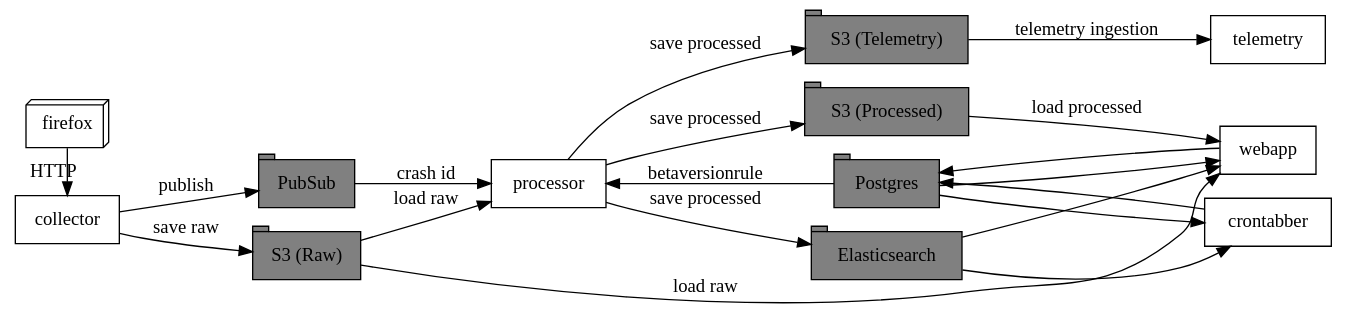
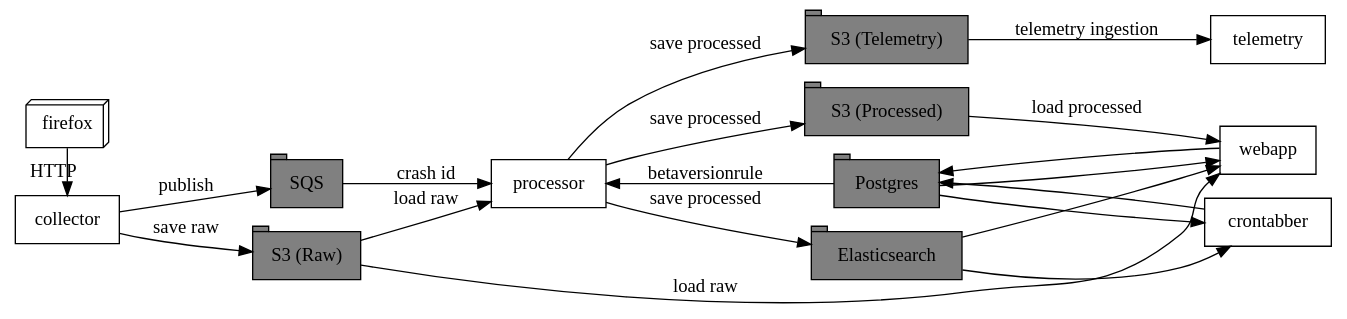
One commit to mozilla-services/socorro changed the diagram in docs/overview.rst. Above: the diagram before and after it, drawn with Graphviz. The commit also changed 30 other files, not shown here.

```diff
--- a/docs/overview.rst
+++ b/docs/overview.rst
@@ -19,63 +19,63 @@
 .. graphviz::
 
    digraph G {
       rankdir=LR;
       splines=lines;
 
       subgraph coll {
          rank=same;
 
          client [shape=box3d, label="firefox"];
          collector [shape=rect, label="collector"];
       }
 
       subgraph stores {
          rank=same;
 
          s3raw [shape=tab, label="S3 (Raw)", style=filled, fillcolor=gray];
-         pubsub [shape=tab, label="PubSub", style=filled, fillcolor=gray];
+         sqs [shape=tab, label="SQS", style=filled, fillcolor=gray];
       }
 
       processor [shape=rect, label="processor"];
 
       subgraph stores2 {
          rank=same;
 
          postgres [shape=tab, label="Postgres", style=filled, fillcolor=gray];
          elasticsearch [shape=tab, label="Elasticsearch", style=filled, fillcolor=gray];
          s3telemetry [shape=tab, label="S3 (Telemetry)", style=filled, fillcolor=gray];
          s3processed [shape=tab, label="S3 (Processed)", style=filled, fillcolor=gray];
       }
 
       subgraph processing {
          rank=same;
 
          crontabber [shape=rect, label="crontabber"];
          webapp [shape=rect, label="webapp"];
          telemetry [shape=rect, label="telemetry"];
       }
 
 
       client -> collector [label="HTTP"];
       collector -> s3raw [label="save raw"];
-      collector -> pubsub [label="publish"];
+      collector -> sqs [label="publish"];
 
-      pubsub -> processor [label="crash id"];
+      sqs -> processor [label="crash id"];
       s3raw -> processor [label="load raw"];
       postgres -> processor [label="betaversionrule"];
       processor -> { s3processed, elasticsearch, s3telemetry } [label="save processed"];
 
       postgres -> webapp;
       webapp -> postgres;
       s3raw -> webapp [label="load raw"];
       s3processed -> webapp [label="load processed"];
       elasticsearch -> webapp;
 
       postgres -> crontabber;
       crontabber -> postgres;
       elasticsearch -> crontabber;
 
       s3telemetry -> telemetry [label="telemetry ingestion"];
 
       { rank=min; client; }
    }
```
